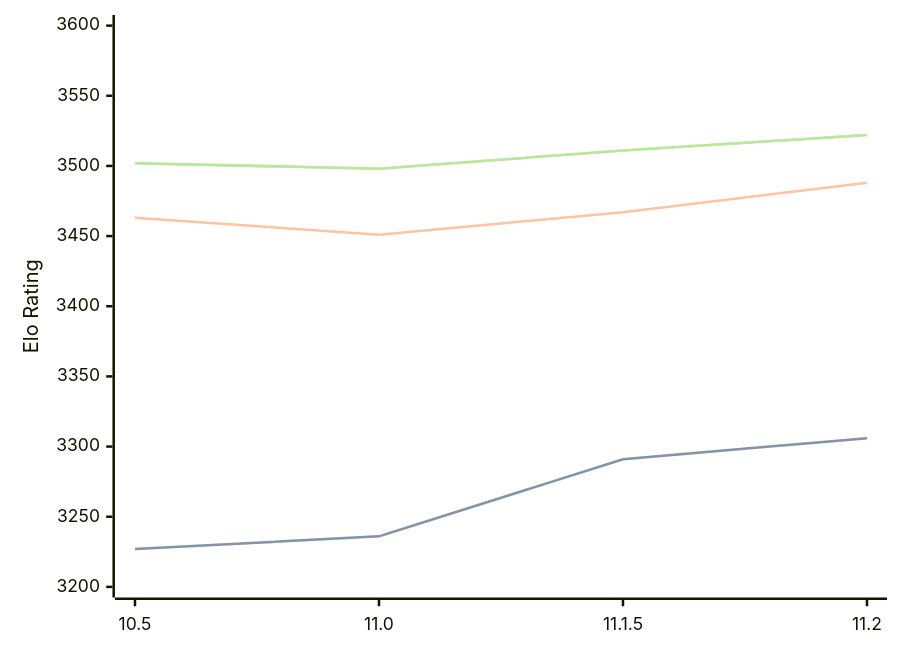
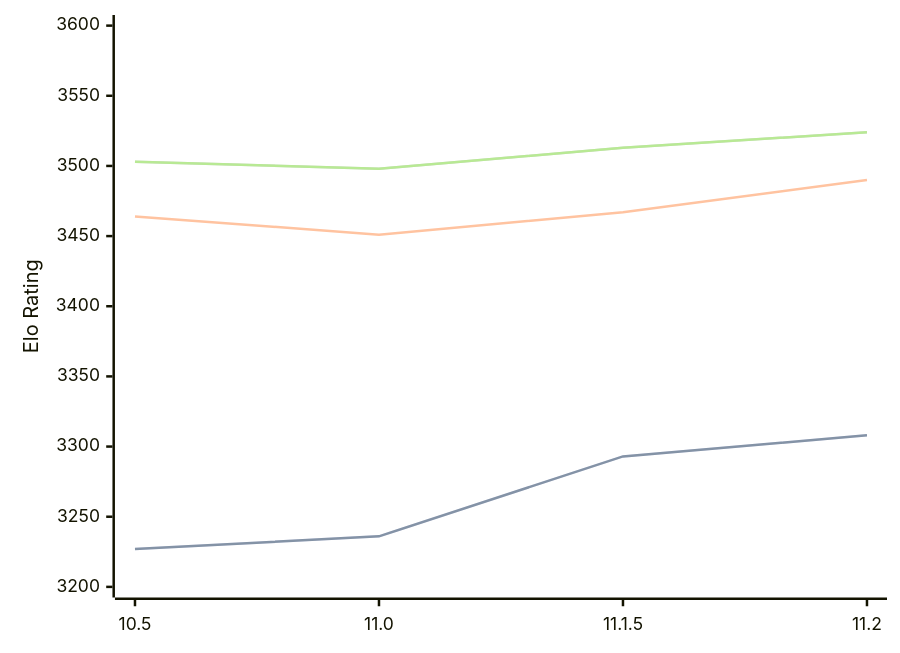
The diagram in engines/Lizard.md (computer-chess-index/cci), drawn with Mermaid before and after one commit. The commit also changed other lines of this file, not shown here.

Commit message:
Update CCI Ratings (ELO VLTC) - 2026-09-14

````diff
--- a/engines/Lizard.md
+++ b/engines/Lizard.md
@@ -34,11 +34,11 @@
 ```mermaid
 %%{init: {"theme":"base","themeVariables":{"seriesColors:['#a3a3a3','#222221','#faa371']}}}%%
 xychart-beta
   x-axis ["10.5", "11.0", "11.1.5", "11.2"]
   y-axis "Elo Rating" 3200 --> 3600
-  line "" [3227, 3236, 3291, 3306]
-  line "STC (8.0+0.08s)" [3227, 3236, 3291, 3306]
-  line "LTC (60.0+0.60s)" [3463, 3451, 3467, 3488]
-  line "" [3502, 3498, 3511, 3522]
-  line "VLTC (2m24s+1.12s)" [3502, 3498, 3511, 3522]
+  line "" [3227, 3236, 3293, 3308]
+  line "STC (8.0+0.08s)" [3227, 3236, 3293, 3308]
+  line "LTC (60.0+0.60s)" [3464, 3451, 3467, 3490]
+  line "" [3503, 3498, 3513, 3524]
+  line "VLTC (2m24s+1.12s)" [3503, 3498, 3513, 3524]
 ```
````
